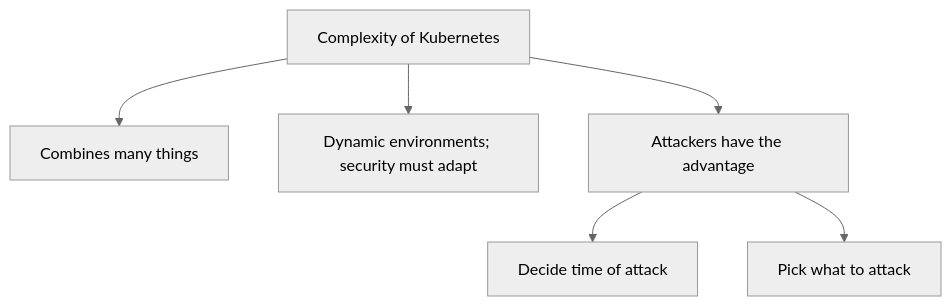
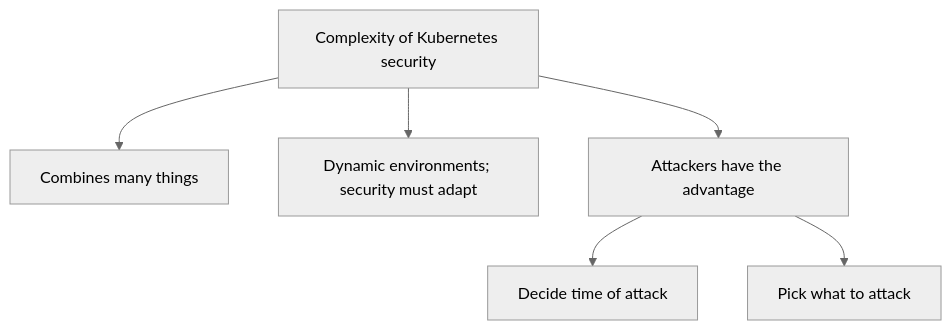
The eighth of 8 diagrams in Lecture1: K8S Security Best Practices.md (ZiadGoondy/CKS-Study-Guide), drawn with Mermaid (neutral theme) before and after one commit. The commit also changed other lines of this file, not shown here.

Commit message:
Update Lecture1: K8S Security Best Practices.md

````diff
--- a/Lecture1: K8S Security Best Practices.md
+++ b/Lecture1: K8S Security Best Practices.md
@@ -90,9 +90,9 @@
 ```mermaid
 graph TD
-    CK[Complexity of Kubernetes]
+    CK[Complexity of Kubernetes security]
     CK --> CK1[Combines many things]
     CK --> CK2[Dynamic environments; security must adapt]
     CK --> CK3[Attackers have the advantage]
     CK3 --> CK3A[Decide time of attack]
     CK3 --> CK3B[Pick what to attack]
 ```
````
